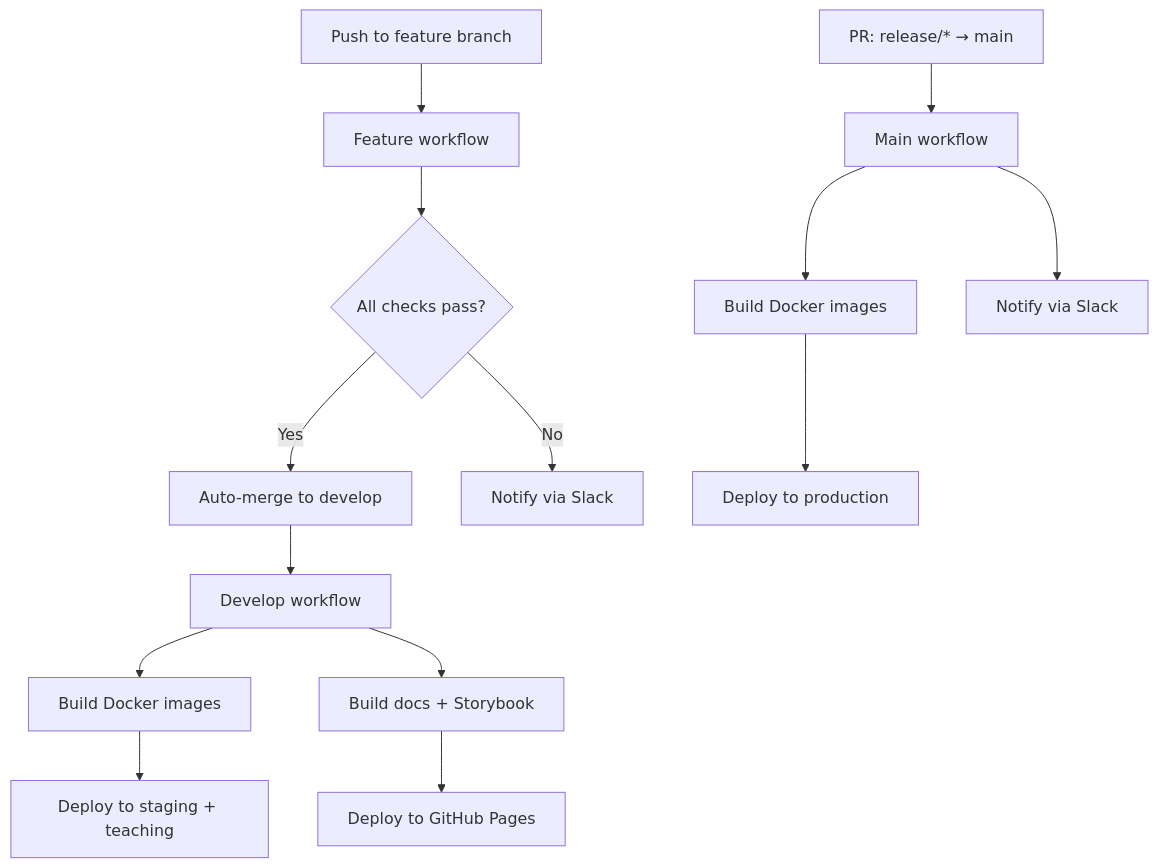
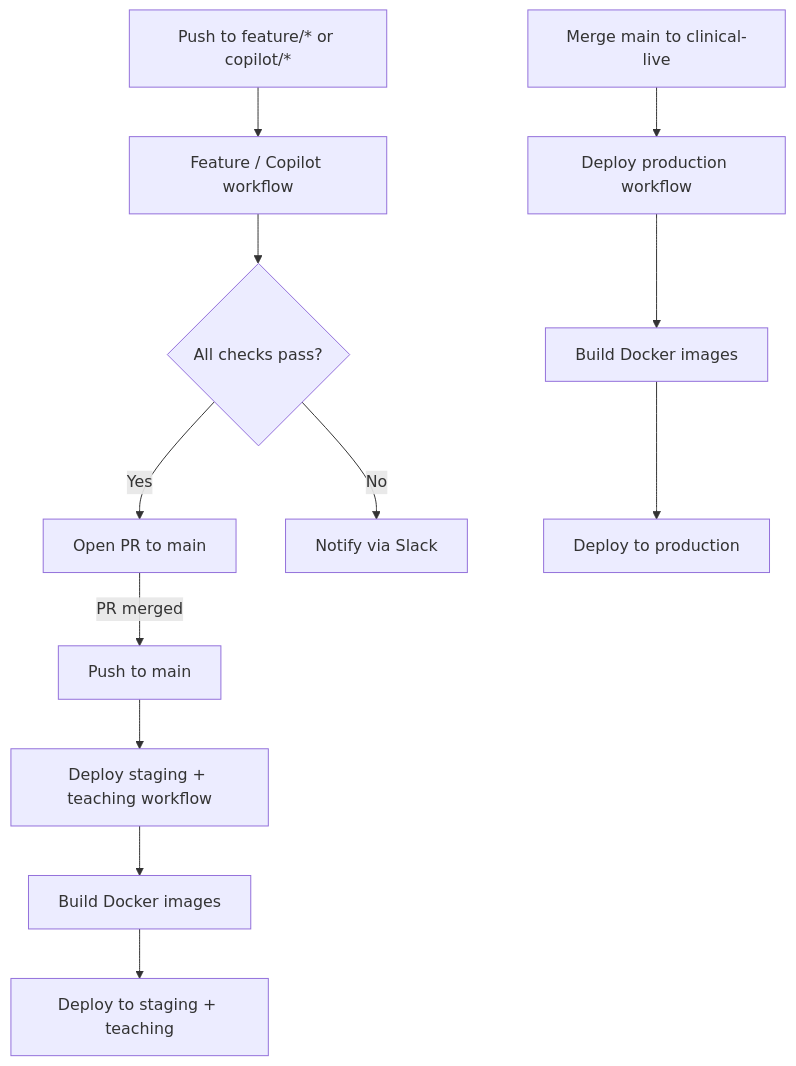
One commit to bailey-medics/quillmedical changed the second of 3 diagrams in docs/docs/cicd/index.md. Above: the diagram before and after it, drawn with Mermaid. The commit also changed other lines of this file and 4 other files, not shown here.

````diff
--- a/docs/docs/cicd/index.md
+++ b/docs/docs/cicd/index.md
@@ -24,16 +25,14 @@
 ```mermaid
 graph TD
-    A[Push to feature branch] --> B[Feature workflow]
+    A["Push to feature/* or copilot/*"] --> B[Feature / Copilot workflow]
     B --> C{All checks pass?}
-    C -->|Yes| D[Auto-merge to develop]
+    C -->|Yes| D[Open PR to main]
     C -->|No| E[Notify via Slack]
-    D --> F[Develop workflow]
-    F --> G[Build Docker images]
-    G --> H[Deploy to staging + teaching]
-    F --> I[Build docs + Storybook]
-    I --> J[Deploy to GitHub Pages]
-    K[PR: release/* → main] --> L[Main workflow]
-    L --> M[Build Docker images]
-    M --> N[Deploy to production]
-    L --> O[Notify via Slack]
+    D -->|PR merged| F[Push to main]
+    F --> G[Deploy staging + teaching workflow]
+    G --> H[Build Docker images]
+    H --> I[Deploy to staging + teaching]
+    J[Merge main to clinical-live] --> K[Deploy production workflow]
+    K --> L[Build Docker images]
+    L --> M[Deploy to production]
 ```
````
